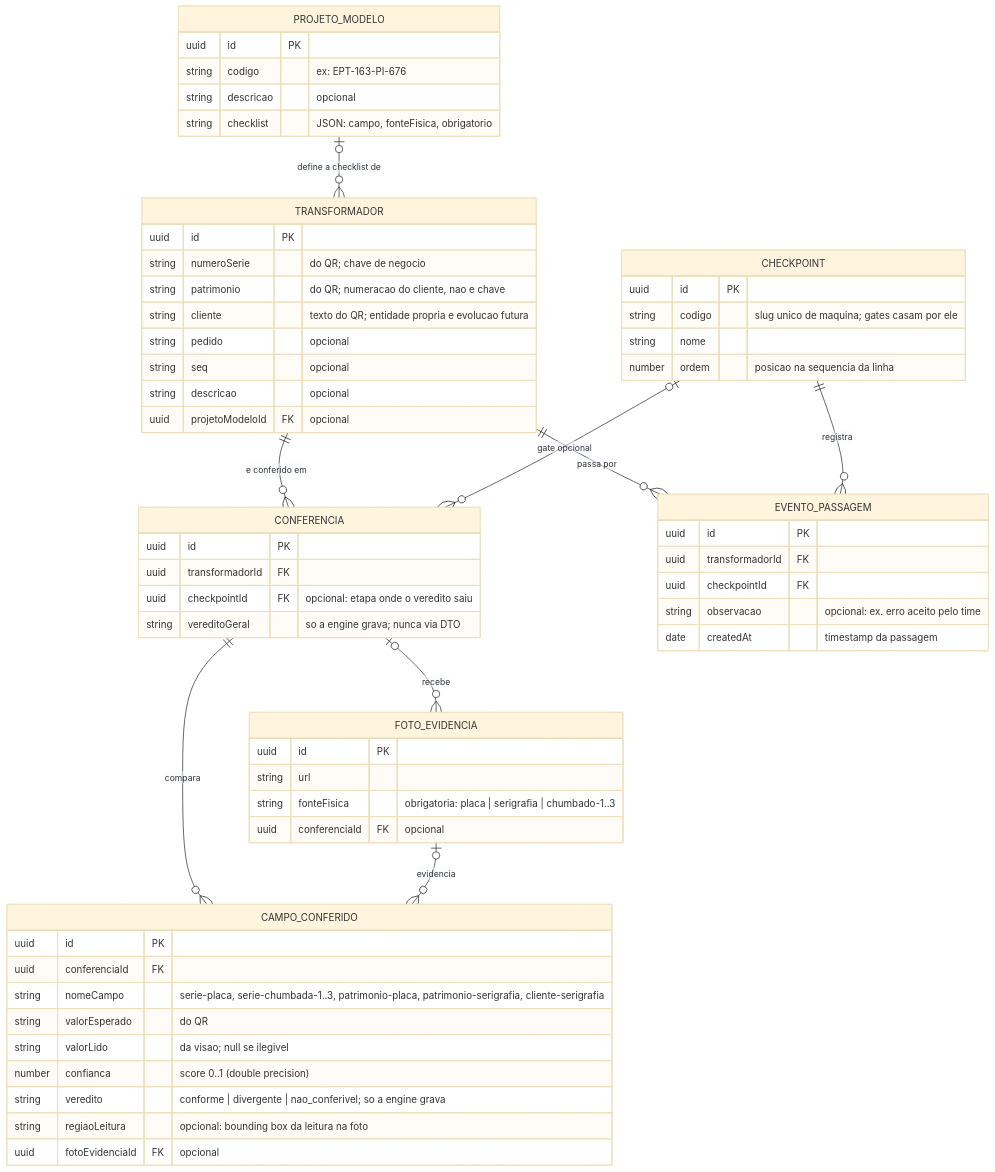
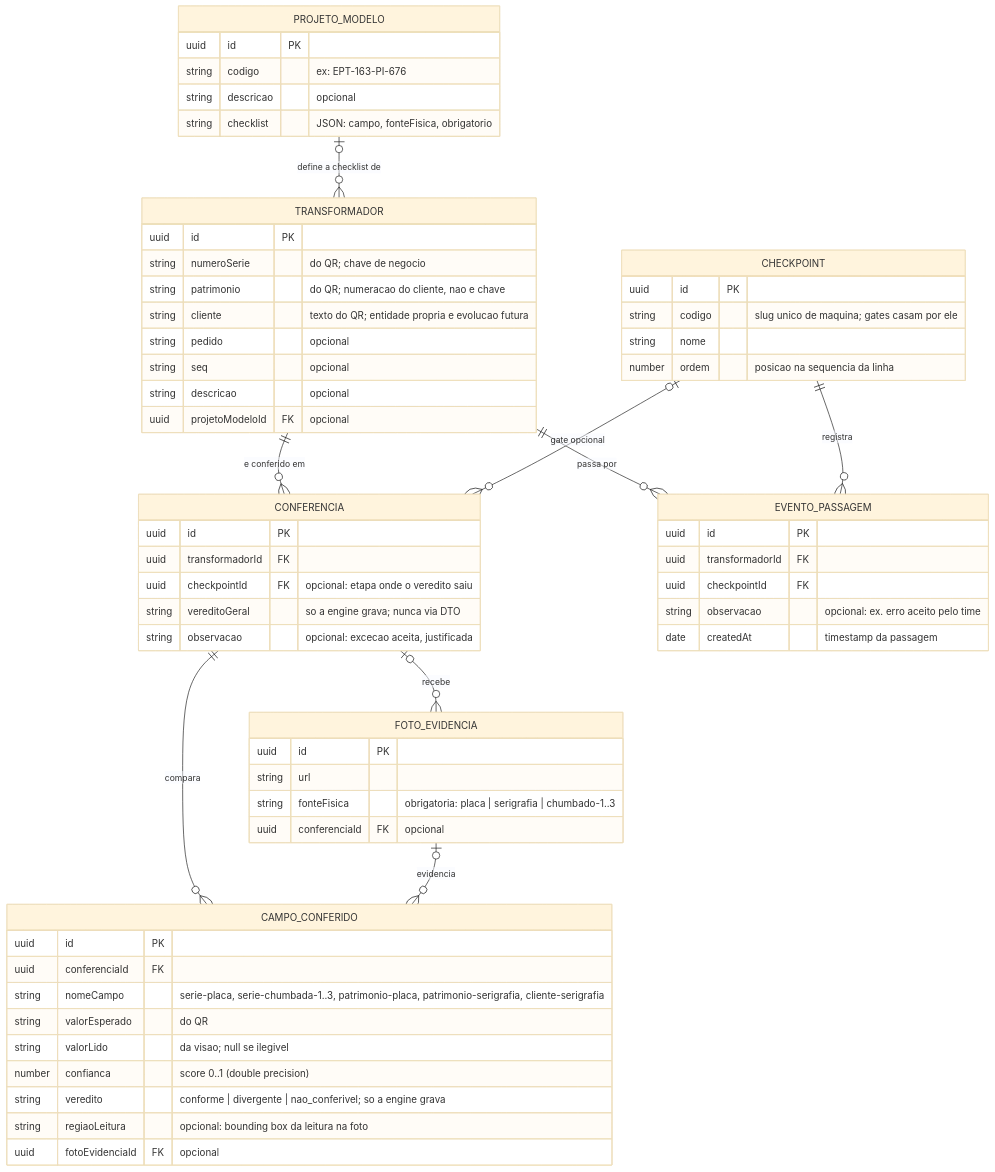
Before and after one commit to vctorgriggi/HackStars-Equipe3: the first of 2 diagrams in SPEC.md, drawn with Mermaid (base theme). The commit also changed other lines of this file and 7 other files, not shown here.

First line of the commit message:
feat: observacao na Conferencia (exceção aceita) e etapa por dispositivo

````diff
--- a/SPEC.md
+++ b/SPEC.md
@@ -78,64 +80,65 @@
 ```mermaid
 erDiagram
     PROJETO_MODELO |o--o{ TRANSFORMADOR : "define a checklist de"
     TRANSFORMADOR ||--o{ CONFERENCIA : "e conferido em"
     TRANSFORMADOR ||--o{ EVENTO_PASSAGEM : "passa por"
     CHECKPOINT ||--o{ EVENTO_PASSAGEM : "registra"
     CHECKPOINT |o--o{ CONFERENCIA : "gate opcional"
     CONFERENCIA ||--o{ CAMPO_CONFERIDO : "compara"
     CONFERENCIA |o--o{ FOTO_EVIDENCIA : "recebe"
     FOTO_EVIDENCIA |o--o{ CAMPO_CONFERIDO : "evidencia"
 
     PROJETO_MODELO {
         uuid id PK
         string codigo "ex: EPT-163-PI-676"
         string descricao "opcional"
         string checklist "JSON: campo, fonteFisica, obrigatorio"
     }
     TRANSFORMADOR {
         uuid id PK
         string numeroSerie "do QR; chave de negocio"
         string patrimonio "do QR; numeracao do cliente, nao e chave"
         string cliente "texto do QR; entidade propria e evolucao futura"
         string pedido "opcional"
         string seq "opcional"
         string descricao "opcional"
         uuid projetoModeloId FK "opcional"
     }
     CHECKPOINT {
         uuid id PK
         string codigo "slug unico de maquina; gates casam por ele"
         string nome
         number ordem "posicao na sequencia da linha"
     }
     CONFERENCIA {
         uuid id PK
         uuid transformadorId FK
         uuid checkpointId FK "opcional: etapa onde o veredito saiu"
         string vereditoGeral "so a engine grava; nunca via DTO"
+        string observacao "opcional: excecao aceita, justificada"
     }
     CAMPO_CONFERIDO {
         uuid id PK
         uuid conferenciaId FK
         string nomeCampo "serie-placa, serie-chumbada-1..3, patrimonio-placa, patrimonio-serigrafia, cliente-serigrafia"
         string valorEsperado "do QR"
         string valorLido "da visao; null se ilegivel"
         number confianca "score 0..1 (double precision)"
         string veredito "conforme | divergente | nao_conferivel; so a engine grava"
         string regiaoLeitura "opcional: bounding box da leitura na foto"
         uuid fotoEvidenciaId FK "opcional"
     }
     FOTO_EVIDENCIA {
         uuid id PK
         string url
         string fonteFisica "obrigatoria: placa | serigrafia | chumbado-1..3"
         uuid conferenciaId FK "opcional"
     }
     EVENTO_PASSAGEM {
         uuid id PK
         uuid transformadorId FK
         uuid checkpointId FK
         string observacao "opcional: ex. erro aceito pelo time"
         date createdAt "timestamp da passagem"
     }
 ```
````
